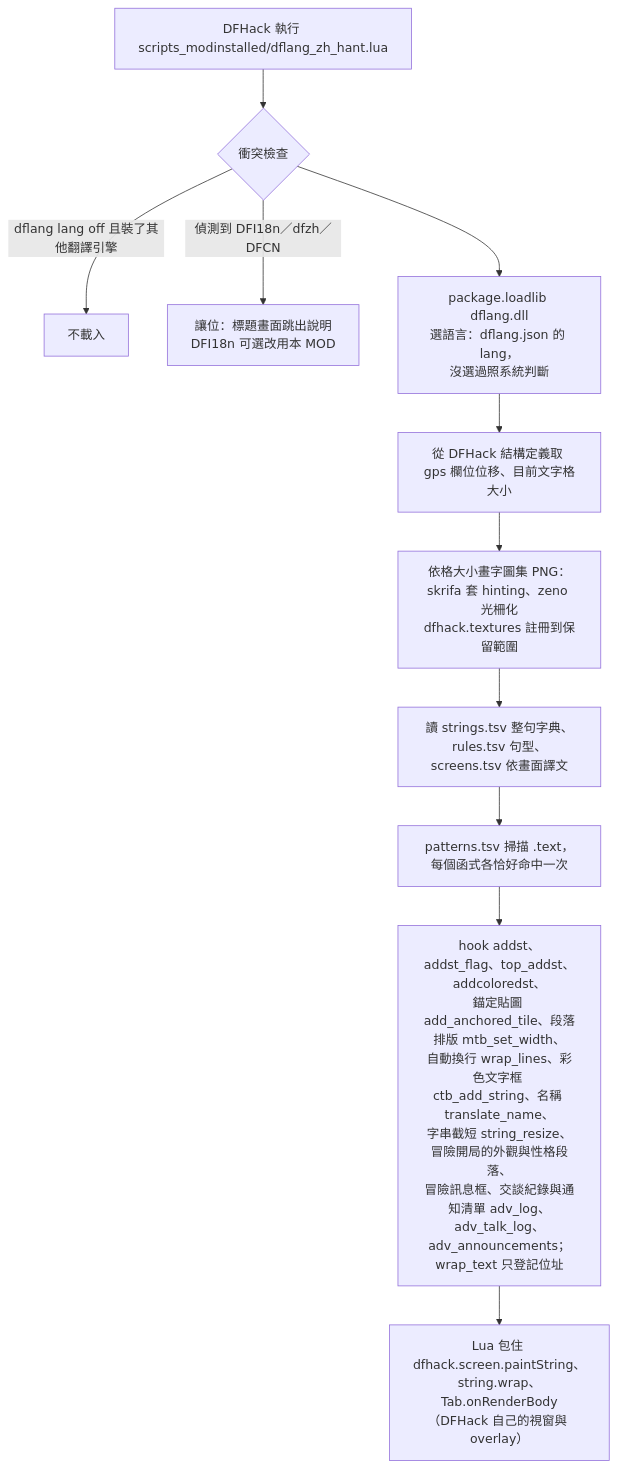
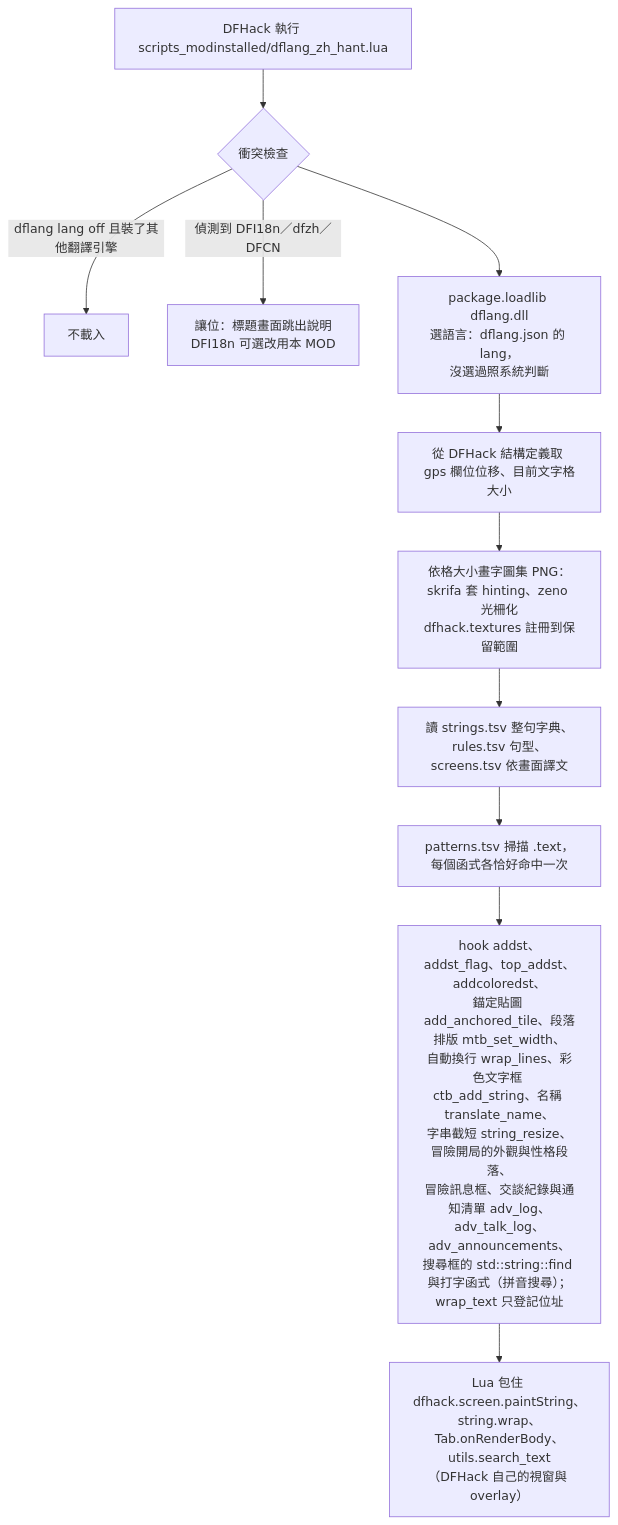
One commit to Minidoracat/MinidoracatDFLang changed the diagram in docs/analysis.md. Above: the diagram before and after it, drawn with Mermaid. The commit also changed other lines of this file and 69 other files, not shown here.

````diff
--- a/docs/analysis.md
+++ b/docs/analysis.md
@@ -48,13 +48,13 @@
 ```mermaid
 flowchart TD
   A[DFHack 執行 scripts_modinstalled/dflang_zh_hant.lua] --> B{衝突檢查}
   B -->|dflang lang off 且裝了其他翻譯引擎| X[不載入]
   B -->|偵測到 DFI18n／dfzh／DFCN| Y[讓位：標題畫面跳出說明<br>DFI18n 可選改用本 MOD]
   B --> C[package.loadlib dflang.dll<br>選語言：dflang.json 的 lang，<br>沒選過照系統判斷]
   C --> D[從 DFHack 結構定義取 gps 欄位位移、目前文字格大小]
   D --> E[依格大小畫字圖集 PNG：skrifa 套 hinting、zeno 光柵化<br>dfhack.textures 註冊到保留範圍]
   E --> F[讀 strings.tsv 整句字典、rules.tsv 句型、screens.tsv 依畫面譯文]
   F --> G[patterns.tsv 掃描 .text，每個函式各恰好命中一次]
-  G --> H[hook addst、addst_flag、top_addst、addcoloredst、<br>錨定貼圖 add_anchored_tile、段落排版 mtb_set_width、<br>自動換行 wrap_lines、彩色文字框 ctb_add_string、名稱 translate_name、<br>字串截短 string_resize、冒險開局的外觀與性格段落、<br>冒險訊息框、交談紀錄與通知清單 adv_log、adv_talk_log、adv_announcements；wrap_text 只登記位址]
-  H --> I[Lua 包住 dfhack.screen.paintString、<br>string.wrap、Tab.onRenderBody<br>（DFHack 自己的視窗與 overlay）]
+  G --> H[hook addst、addst_flag、top_addst、addcoloredst、<br>錨定貼圖 add_anchored_tile、段落排版 mtb_set_width、<br>自動換行 wrap_lines、彩色文字框 ctb_add_string、名稱 translate_name、<br>字串截短 string_resize、冒險開局的外觀與性格段落、<br>冒險訊息框、交談紀錄與通知清單 adv_log、adv_talk_log、adv_announcements、<br>搜尋框的 std::string::find 與打字函式（拼音搜尋）；wrap_text 只登記位址]
+  H --> I[Lua 包住 dfhack.screen.paintString、<br>string.wrap、Tab.onRenderBody、utils.search_text<br>（DFHack 自己的視窗與 overlay）]
 ```
````
